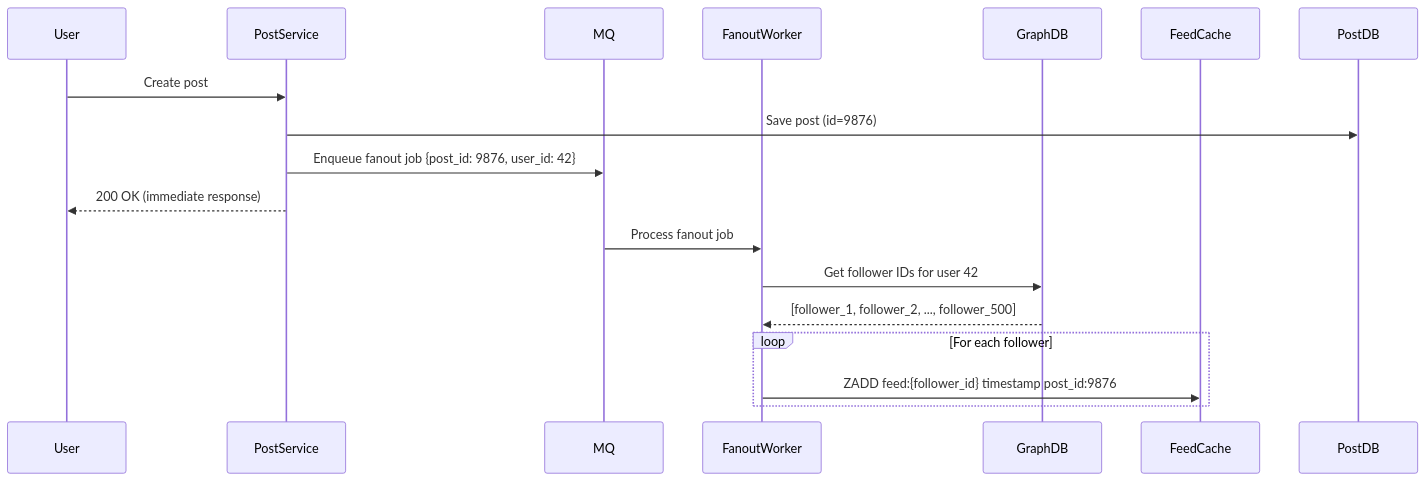
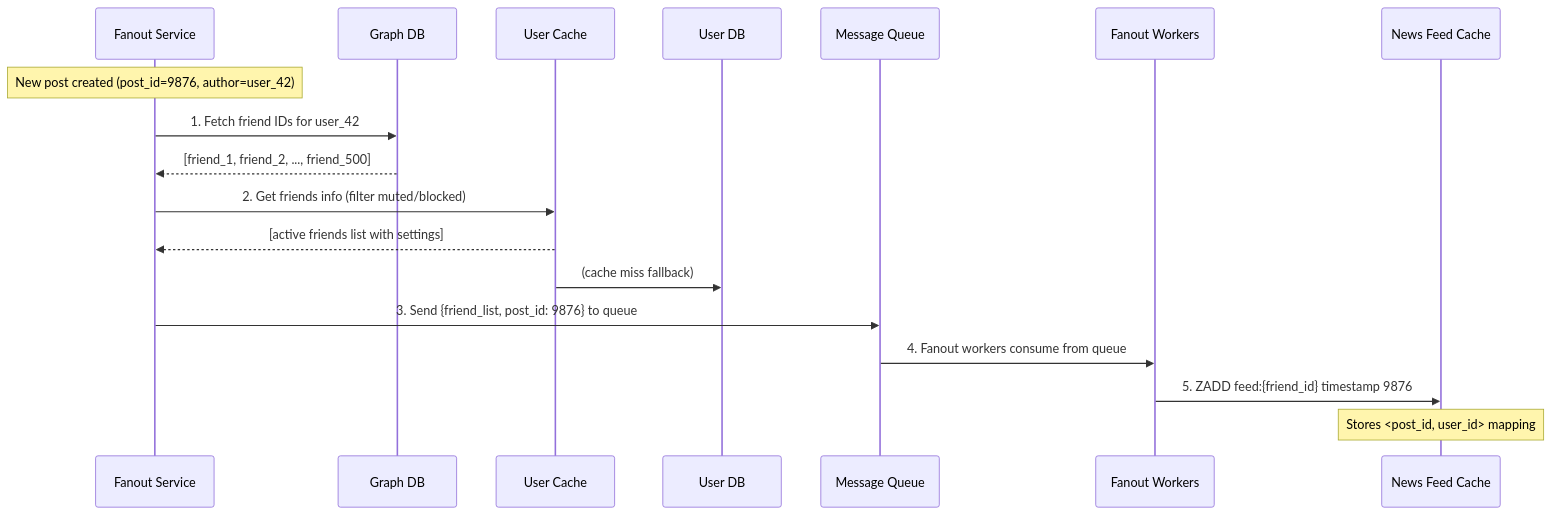
The fourth of 16 diagrams in system-design/system-design-interview-alex-xu/chapters/11-news-feed.md (jaugustodev/software-engineering-content), drawn with Mermaid before and after one commit. The commit also changed other lines of this file, not shown here.

Commit message:
feat(docs): expand news feed system design chapter with detailed explanations of core concepts, architectural flows, and API specifications; enhance clarity and structure for better understanding

````diff
--- a/system-design/system-design-interview-alex-xu/chapters/11-news-feed.md
+++ b/system-design/system-design-interview-alex-xu/chapters/11-news-feed.md
@@ -63,22 +134,26 @@
 ```mermaid
 sequenceDiagram
-    participant User
-    participant PostService
-    participant MQ
-    participant FanoutWorker
-    participant GraphDB
-    participant FeedCache
+    participant FanoutSvc as Fanout Service
+    participant GraphDB as Graph DB
+    participant UserCache as User Cache
+    participant UserDB as User DB
+    participant MQ as Message Queue
+    participant Workers as Fanout Workers
+    participant FeedCache as News Feed Cache
 
-    User->>PostService: Create post
-    PostService->>PostDB: Save post (id=9876)
-    PostService->>MQ: Enqueue fanout job {post_id: 9876, user_id: 42}
-    PostService-->>User: 200 OK (immediate response)
+    Note over FanoutSvc: New post created (post_id=9876, author=user_42)
 
-    MQ->>FanoutWorker: Process fanout job
-    FanoutWorker->>GraphDB: Get follower IDs for user 42
-    GraphDB-->>FanoutWorker: [follower_1, follower_2, ..., follower_500]
+    FanoutSvc->>GraphDB: 1. Fetch friend IDs for user_42
+    GraphDB-->>FanoutSvc: [friend_1, friend_2, ..., friend_500]
 
-    loop For each follower
-        FanoutWorker->>FeedCache: ZADD feed:{follower_id} timestamp post_id:9876
-    end
+    FanoutSvc->>UserCache: 2. Get friends info (filter muted/blocked)
+    UserCache-->>FanoutSvc: [active friends list with settings]
+    UserCache->>UserDB: (cache miss fallback)
+
+    FanoutSvc->>MQ: 3. Send {friend_list, post_id: 9876} to queue
+
+    MQ->>Workers: 4. Fanout workers consume from queue
+
+    Workers->>FeedCache: 5. ZADD feed:{friend_id} timestamp 9876
+    Note over FeedCache: Stores <post_id, user_id> mapping
 ```
````
